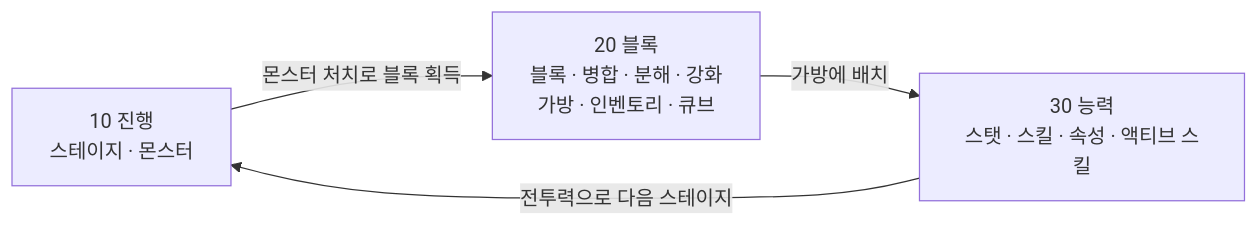
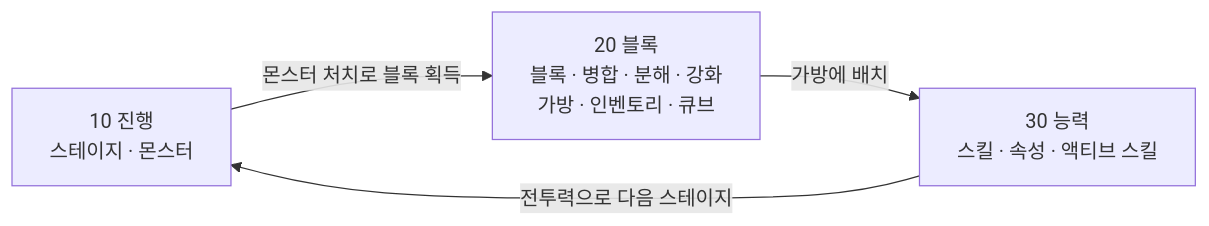
One commit to Sero-Github/ProjectP changed the diagram in Game Design Documents/🏠 Home.md. Above: the diagram before and after it, drawn with Mermaid. The commit also changed other lines of this file and 7 other files, not shown here.

````diff
--- a/Game Design Documents/🏠 Home.md
+++ b/Game Design Documents/🏠 Home.md
@@ -7,6 +7,6 @@
 ```mermaid
 flowchart LR
     A["10 진행<br>스테이지 · 몬스터"] -- "몬스터 처치로 블록 획득" --> B["20 블록<br>블록 · 병합 · 분해 · 강화<br>가방 · 인벤토리 · 큐브"]
-    B -- "가방에 배치" --> C["30 능력<br>스탯 · 스킬 · 속성 · 액티브 스킬"]
+    B -- "가방에 배치" --> C["30 능력<br>스킬 · 속성 · 액티브 스킬"]
     C -- "전투력으로 다음 스테이지" --> A
 ```
````
